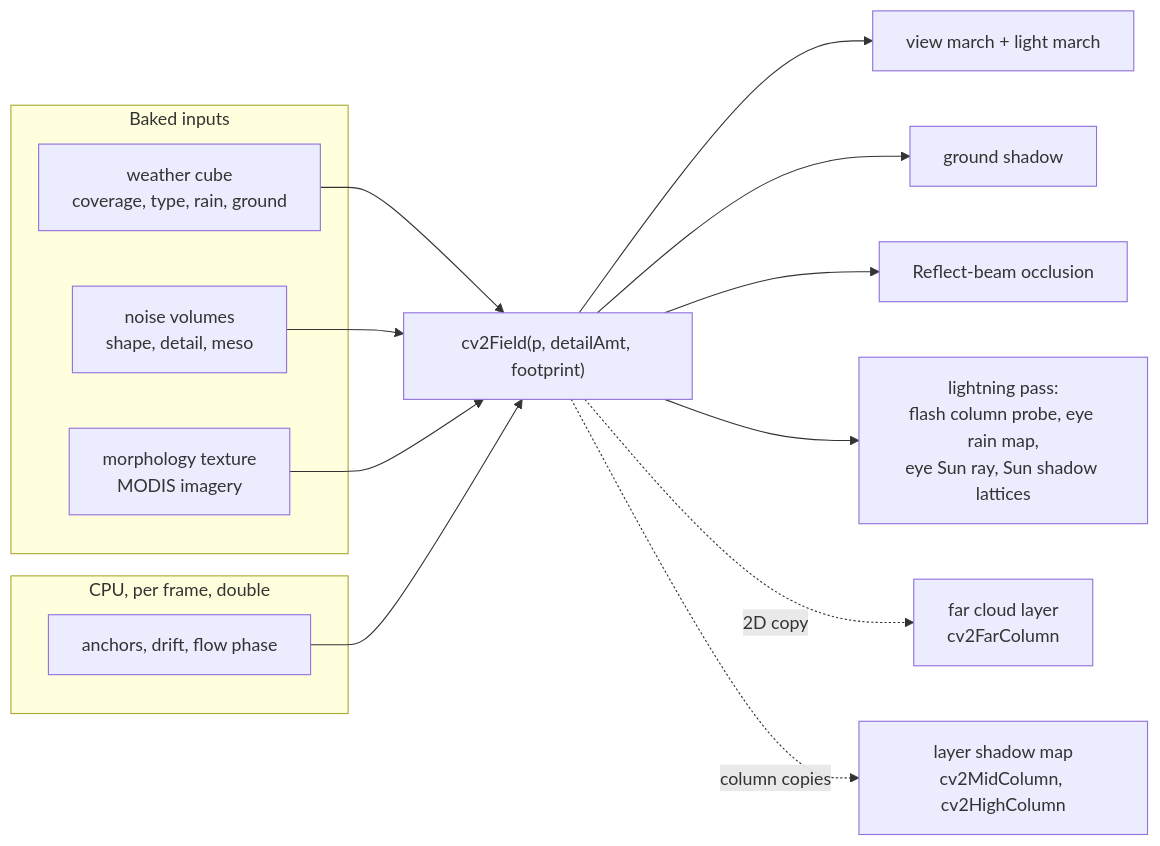
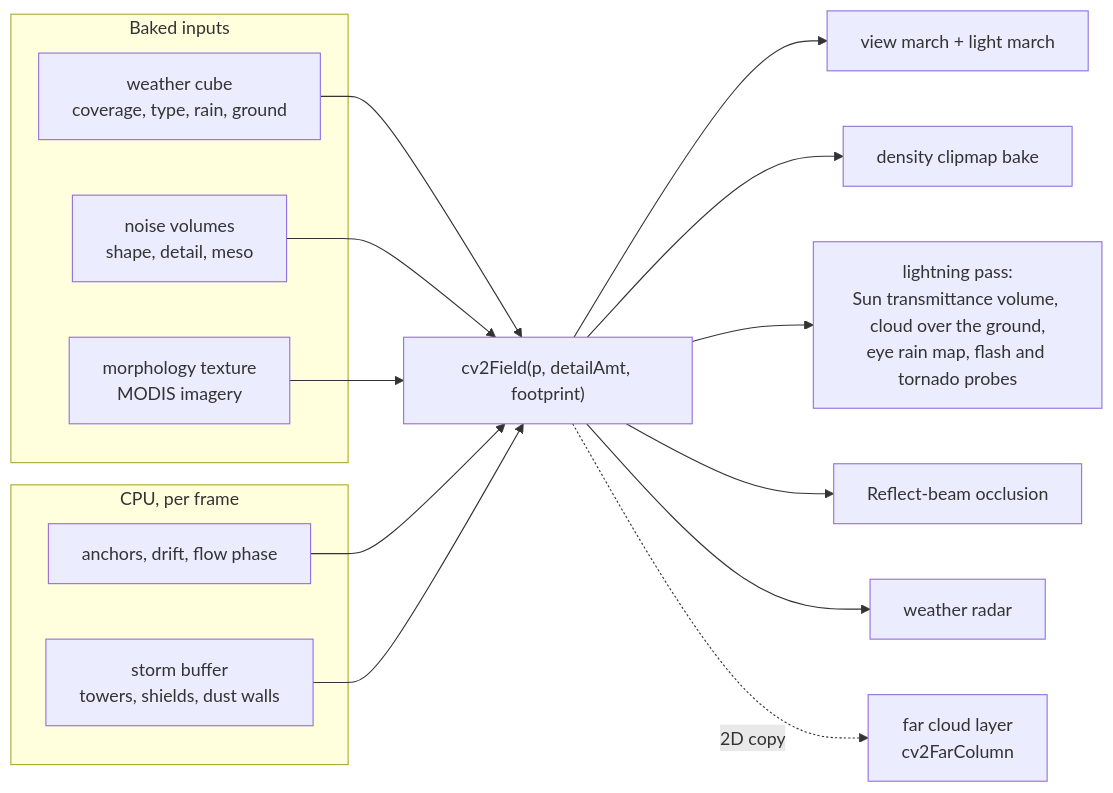
One commit to largepizza/SAT_LIGHT_SIM changed the diagram in wiki/rendering/clouds/field.md. Above: the diagram before and after it, drawn with Mermaid. The commit also changed other lines of this file and 4 other files, not shown here.

Commit message:
wiki: clouds pages: Sun transmittance volume, multiple scattering, full-res grid, storms in the cloud field

````diff
--- a/wiki/rendering/clouds/field.md
+++ b/wiki/rendering/clouds/field.md
@@ -17,21 +18,23 @@
 ```mermaid
 flowchart LR
   subgraph inputs[Baked inputs]
     W[weather cube<br/>coverage, type, rain, ground]
     N[noise volumes<br/>shape, detail, meso]
     M[morphology texture<br/>MODIS imagery]
   end
-  subgraph cpu[CPU, per frame, double]
+  subgraph cpu[CPU, per frame]
     A[anchors, drift, flow phase]
+    S[storm buffer<br/>towers, shields, dust walls]
   end
   W --> F["cv2Field(p, detailAmt, footprint)"]
   N --> F
   M --> F
   A --> F
+  S --> F
   F --> V[view march + light march]
-  F --> G[ground shadow]
+  F --> CDC[density clipmap bake]
+  F --> L[lightning pass:<br/>Sun transmittance volume, cloud over the ground,<br/>eye rain map, flash and tornado probes]
   F --> B[Reflect-beam occlusion]
-  F --> L[lightning pass:<br/>flash column probe, eye rain map,<br/>eye Sun ray, Sun shadow lattices]
+  F --> R[weather radar]
   F -.2D copy.-> FAR[far cloud layer<br/>cv2FarColumn]
-  F -.column copies.-> LM[layer shadow map<br/>cv2MidColumn, cv2HighColumn]
 ```
````
